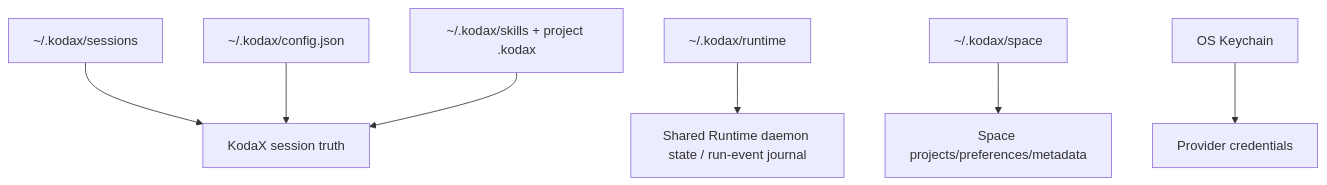
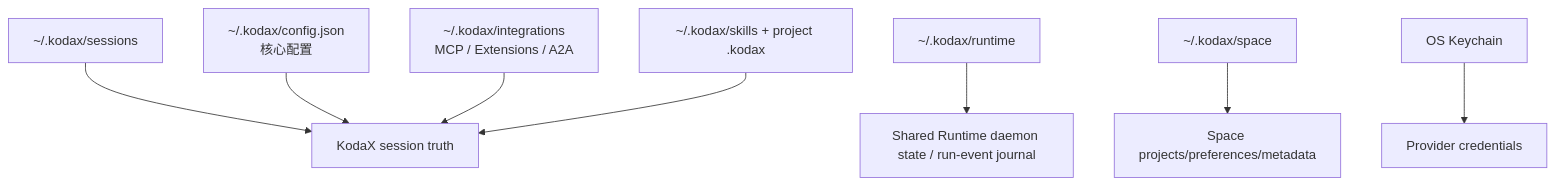
One commit to icetomoyo/KodaX-Space changed the sixth of 6 diagrams in docs/USER_MANUAL.zh-CN.md. Above: the diagram before and after it, drawn with Mermaid. The commit also changed other lines of this file and 12 other files, not shown here.

````diff
--- a/docs/USER_MANUAL.zh-CN.md
+++ b/docs/USER_MANUAL.zh-CN.md
@@ -495,9 +510,10 @@
 ```mermaid
 flowchart TD
     Session["~/.kodax/sessions"] --> K["KodaX session truth"]
-    Config["~/.kodax/config.json"] --> K
+    Config["~/.kodax/config.json<br/>核心配置"] --> K
+    Integrations["~/.kodax/integrations<br/>MCP / Extensions / A2A"] --> K
     Skills["~/.kodax/skills + project .kodax"] --> K
     Runtime["~/.kodax/runtime"] --> Events["Shared Runtime daemon state / run-event journal"]
     Space["~/.kodax/space"] --> UI["Space projects/preferences/metadata"]
     Keychain["OS Keychain"] --> Secret["Provider credentials"]
 ```
````
